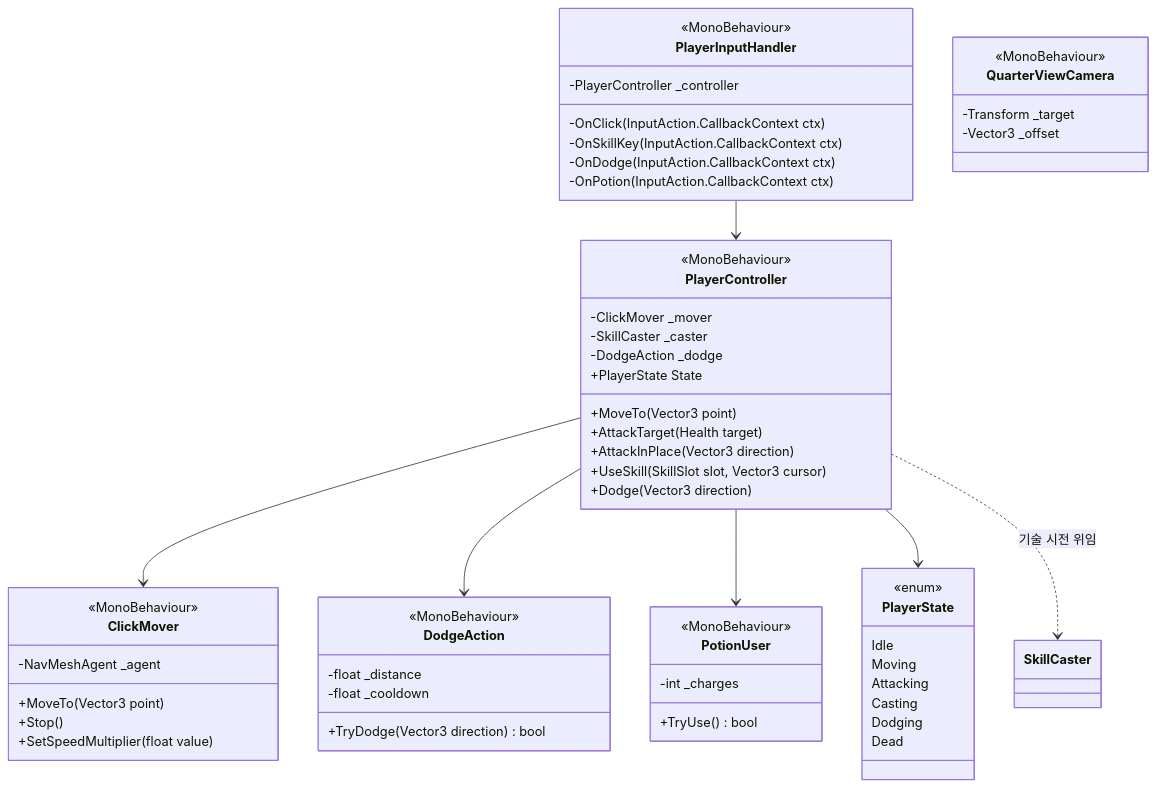
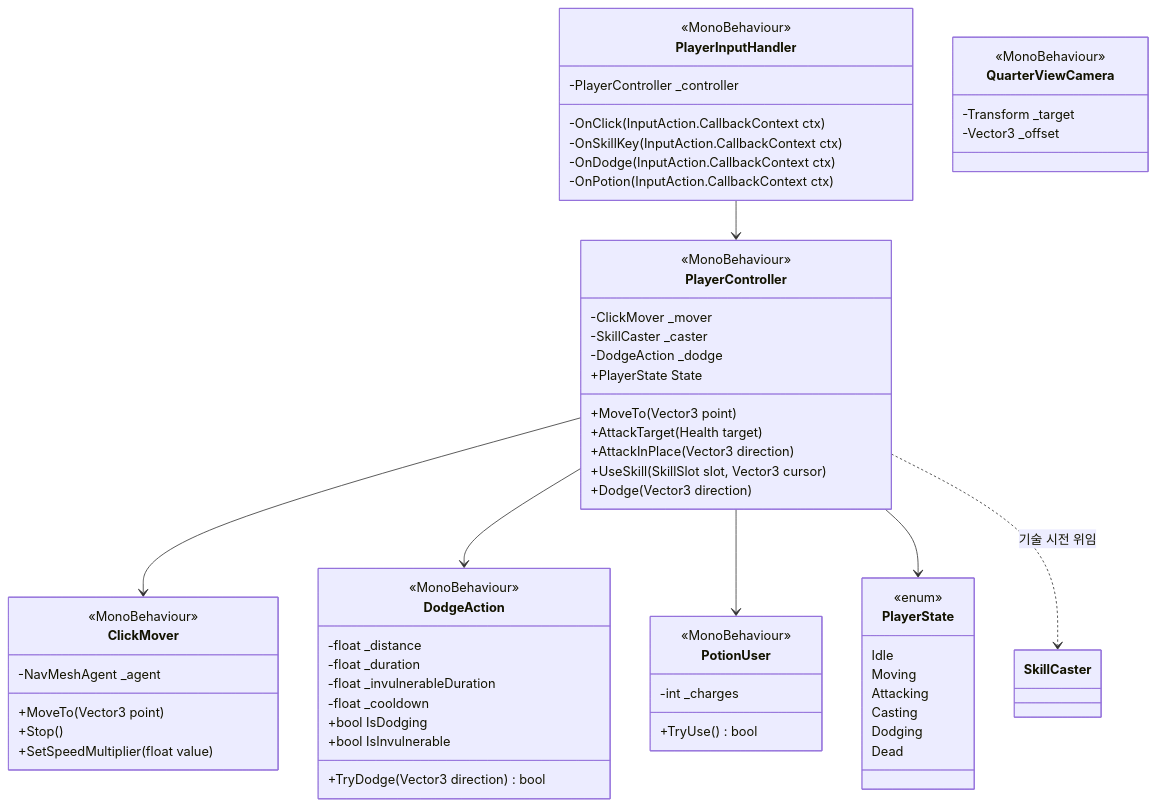
The third of 15 diagrams in Docs/ClassDiagram.md (lwy0810/BROKEN-SOVEREIGN), drawn with Mermaid before and after one commit. The commit also changed other lines of this file and 1 other file, not shown here.

Commit message:
[Docs] 회피 무적 규칙 추가
- GDD 6.1: 회피 4m, 0.2초, 지속 시간 전체 무적, 재사용 대기 1초 (초안)
- ClassDiagram: DodgeAction IsInvulnerable, Health 피해 무시 조건

Claude-Session: https://claude.ai/code/session_01NvXiojHXFUbrZVBDAnoZza

````diff
--- a/Docs/ClassDiagram.md
+++ b/Docs/ClassDiagram.md
@@ -133,61 +133,65 @@
 ```mermaid
 classDiagram
     class PlayerInputHandler {
         <<MonoBehaviour>>
         -PlayerController _controller
         -OnClick(InputAction.CallbackContext ctx)
         -OnSkillKey(InputAction.CallbackContext ctx)
         -OnDodge(InputAction.CallbackContext ctx)
         -OnPotion(InputAction.CallbackContext ctx)
     }
     class PlayerController {
         <<MonoBehaviour>>
         -ClickMover _mover
         -SkillCaster _caster
         -DodgeAction _dodge
         +PlayerState State
         +MoveTo(Vector3 point)
         +AttackTarget(Health target)
         +AttackInPlace(Vector3 direction)
         +UseSkill(SkillSlot slot, Vector3 cursor)
         +Dodge(Vector3 direction)
     }
     class ClickMover {
         <<MonoBehaviour>>
         -NavMeshAgent _agent
         +MoveTo(Vector3 point)
         +Stop()
         +SetSpeedMultiplier(float value)
     }
     class DodgeAction {
         <<MonoBehaviour>>
         -float _distance
+        -float _duration
+        -float _invulnerableDuration
         -float _cooldown
+        +bool IsDodging
+        +bool IsInvulnerable
         +TryDodge(Vector3 direction) bool
     }
     class PotionUser {
         <<MonoBehaviour>>
         -int _charges
         +TryUse() bool
     }
     class QuarterViewCamera {
         <<MonoBehaviour>>
         -Transform _target
         -Vector3 _offset
     }
     class PlayerState {
         <<enum>>
         Idle
         Moving
         Attacking
         Casting
         Dodging
         Dead
     }
     PlayerInputHandler --> PlayerController
     PlayerController --> ClickMover
     PlayerController --> DodgeAction
     PlayerController --> PotionUser
     PlayerController --> PlayerState
     PlayerController ..> SkillCaster : 기술 시전 위임
 ```
````
